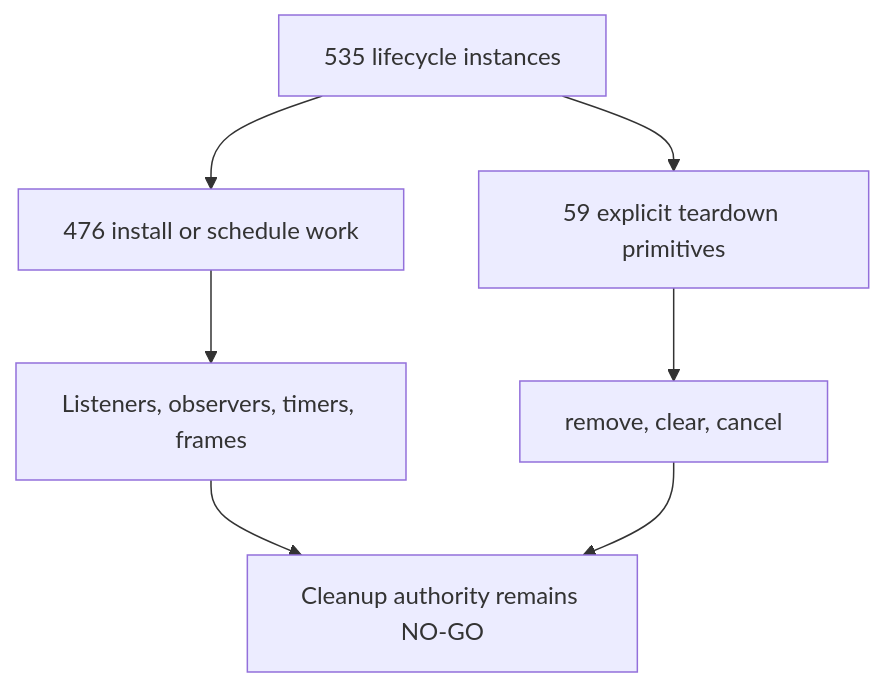
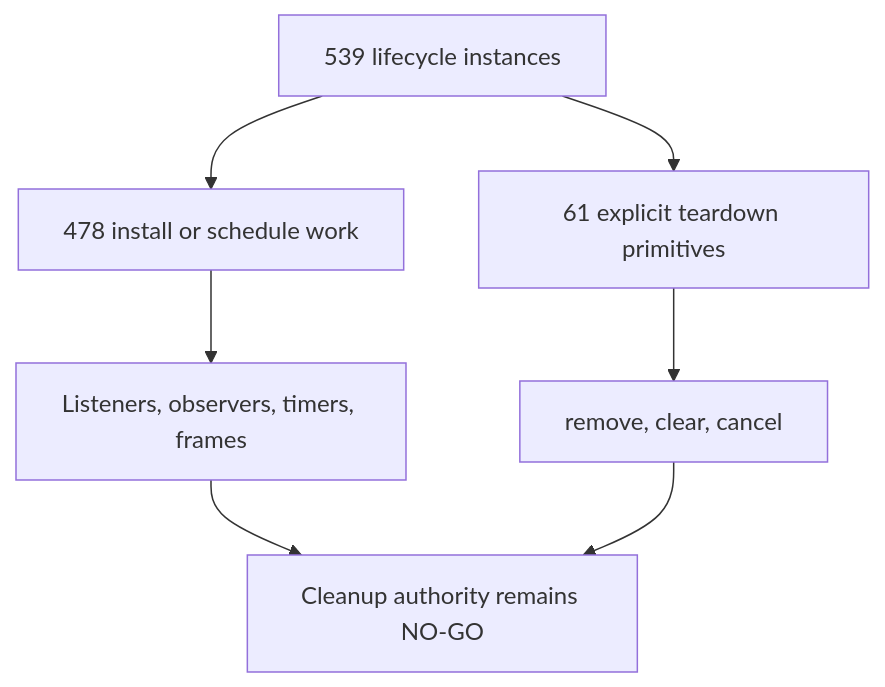
Before and after one commit to varshneydevansh/FilterTube: the first of 47 diagrams in docs/audit/FILTERTUBE_LIFECYCLE_INSTANCE_REGISTER_2026-05-18.md, drawn with Mermaid. The commit also changed other lines of this file and 711 other files, not shown here.

````diff
--- a/docs/audit/FILTERTUBE_LIFECYCLE_INSTANCE_REGISTER_2026-05-18.md
+++ b/docs/audit/FILTERTUBE_LIFECYCLE_INSTANCE_REGISTER_2026-05-18.md
@@ -120,9 +120,9 @@
 ```mermaid
 flowchart TD
-  A["535 lifecycle instances"] --> B["476 install or schedule work"]
-  A --> C["59 explicit teardown primitives"]
+  A["539 lifecycle instances"] --> B["478 install or schedule work"]
+  A --> C["61 explicit teardown primitives"]
   B --> D["Listeners, observers, timers, frames"]
   C --> E["remove, clear, cancel"]
   D --> F["Cleanup authority remains NO-GO"]
   E --> F
 ```
````
